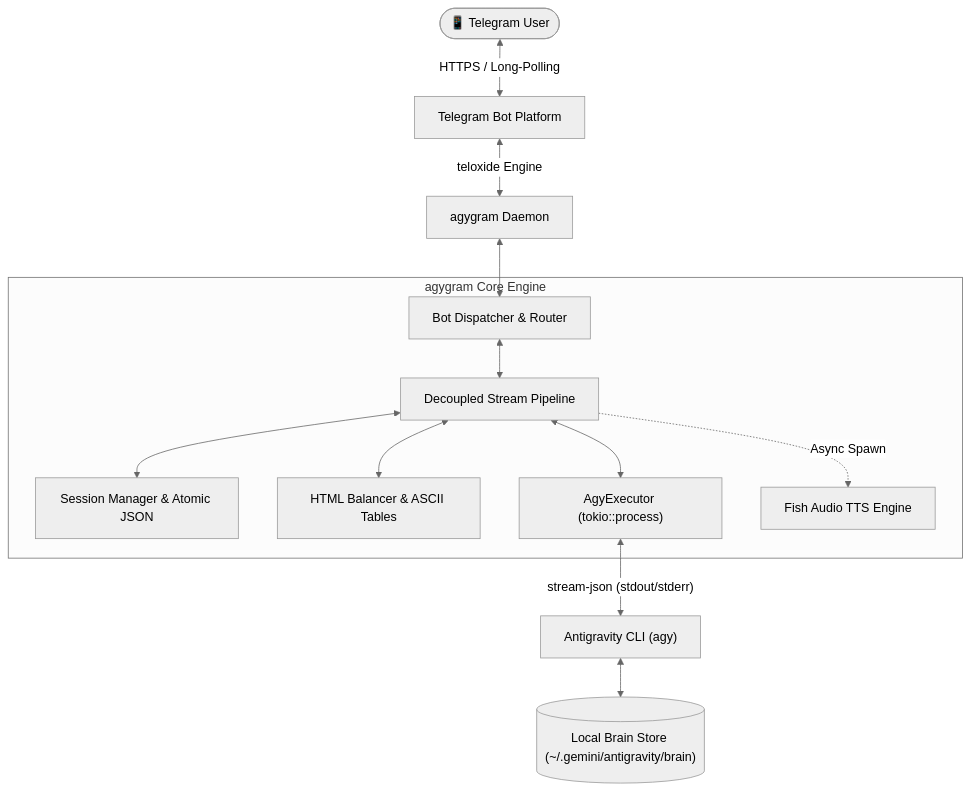
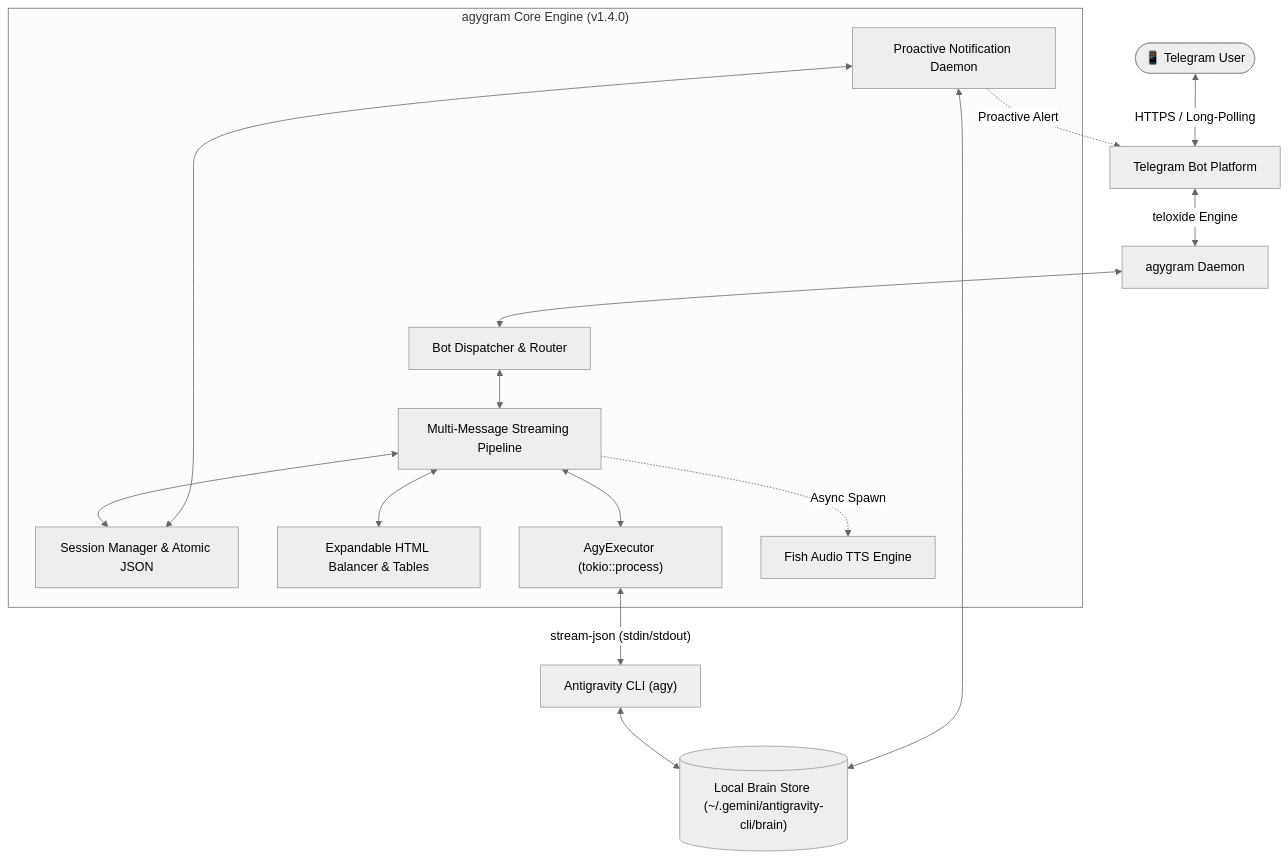
Before and after one commit to d3intran/agygram: the diagram in README.md, drawn with Mermaid (neutral theme). The commit also changed other lines of this file and 10 other files, not shown here.

Commit message:
feat(v1.4.0): proactive notification daemon, multi-message rollover streaming, auto mode, expandable blockquotes, and workspace recovery

````diff
--- a/README.md
+++ b/README.md
@@ -65,24 +74,28 @@
 ```mermaid
 flowchart TD
     User(["📱 Telegram User"]) <-->|HTTPS / Long-Polling| BotAPI["Telegram Bot Platform"]
     BotAPI <-->|teloxide Engine| Daemon["agygram Daemon"]
 
-    subgraph agygram_Core ["agygram Core Engine"]
+    subgraph agygram_Core ["agygram Core Engine (v1.4.0)"]
         Dispatcher["Bot Dispatcher & Router"]
-        Pipeline["Decoupled Stream Pipeline"]
+        Pipeline["Multi-Message Streaming Pipeline"]
         SessionMgr["Session Manager & Atomic JSON"]
-        Formatter["HTML Balancer & ASCII Tables"]
+        Formatter["Expandable HTML Balancer & Tables"]
         Executor["AgyExecutor (tokio::process)"]
+        Notifier["Proactive Notification Daemon"]
         TTS["Fish Audio TTS Engine"]
     end
 
     Daemon <--> Dispatcher
     Dispatcher <--> Pipeline
     Pipeline <--> SessionMgr
     Pipeline <--> Formatter
     Pipeline <--> Executor
     Pipeline -.->|Async Spawn| TTS
+    Notifier <--> SessionMgr
+    Notifier -.->|Proactive Alert| BotAPI
 
-    Executor <-->|"stream-json (stdout/stderr)"| AgyCLI["Antigravity CLI (agy)"]
-    AgyCLI <--> BrainStore[("Local Brain Store (~/.gemini/antigravity/brain)")]
+    Executor <-->|"stream-json (stdin/stdout)"| AgyCLI["Antigravity CLI (agy)"]
+    AgyCLI <--> BrainStore[("Local Brain Store (~/.gemini/antigravity-cli/brain)")]
+    Notifier <--> BrainStore
 ```
````
